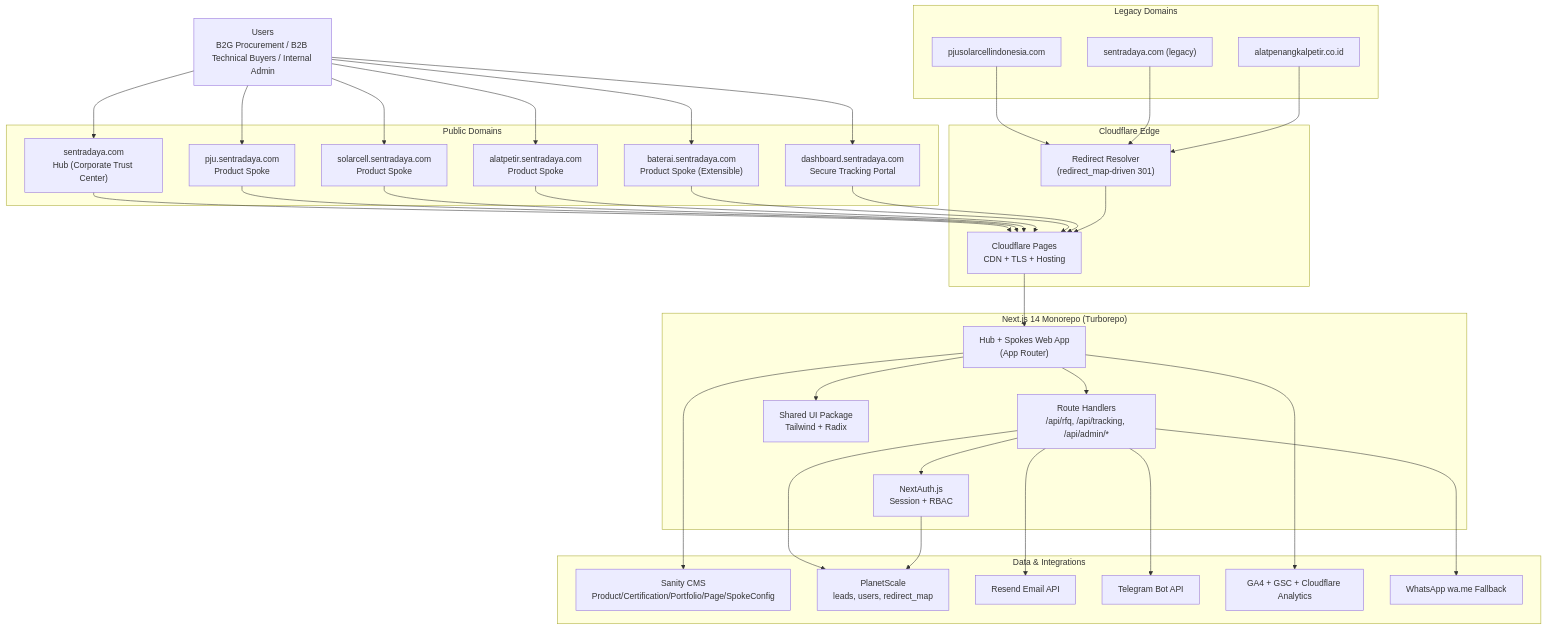
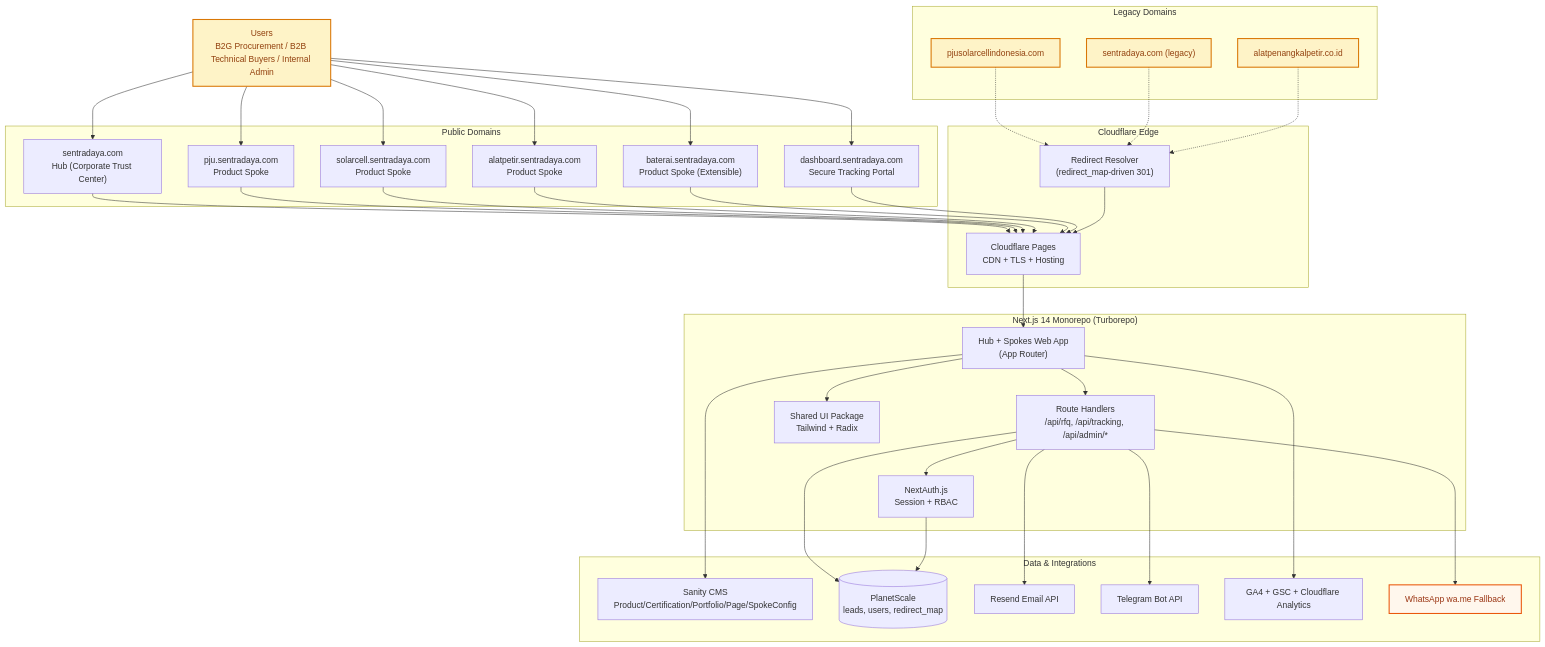
Before and after one commit to pampam666/awesome-website-test: the first of 4 diagrams in .taskmaster/docs/architecture/architecture.md, drawn with Mermaid. The commit also changed other lines of this file and 7 other files, not shown here.

Commit message:
docs: initialize information architecture and project requirement documentation for digital ecosystem platform

````diff
--- a/.taskmaster/docs/architecture/architecture.md
+++ b/.taskmaster/docs/architecture/architecture.md
@@ -20,71 +20,74 @@
 ```mermaid
+---
+config:
+  layout: dagre
+---
 flowchart TD
+    classDef entry fill:#fef3c7,stroke:#d97706,stroke-width:2px,color:#92400e
+    classDef conversion fill:#fff7ed,stroke:#ea580c,stroke-width:2px,color:#9a3412
+
     U["Users\nB2G Procurement / B2B Technical Buyers / Internal Admin"]
-
     subgraph DNS["Public Domains"]
         HUB["sentradaya.com\nHub (Corporate Trust Center)"]
         PJU["pju.sentradaya.com\nProduct Spoke"]
         SOL["solarcell.sentradaya.com\nProduct Spoke"]
         LGT["alatpetir.sentradaya.com\nProduct Spoke"]
         BAT["baterai.sentradaya.com\nProduct Spoke (Extensible)"]
         DASH["dashboard.sentradaya.com\nSecure Tracking Portal"]
     end
-
     subgraph EDGE["Cloudflare Edge"]
         CF["Cloudflare Pages\nCDN + TLS + Hosting"]
         REDIR["Redirect Resolver\n(redirect_map-driven 301)"]
     end
-
     subgraph APP["Next.js 14 Monorepo (Turborepo)"]
         WEB["Hub + Spokes Web App\n(App Router)"]
         API["Route Handlers\n/api/rfq, /api/tracking, /api/admin/*"]
         AUTH["NextAuth.js\nSession + RBAC"]
         UI["Shared UI Package\nTailwind + Radix"]
     end
-
     subgraph DATA["Data & Integrations"]
         SANITY["Sanity CMS\nProduct/Certification/Portfolio/Page/SpokeConfig"]
-        PS["PlanetScale\nleads, users, redirect_map"]
+        PS[("PlanetScale\nleads, users, redirect_map")]
         RESEND["Resend Email API"]
         TG["Telegram Bot API"]
         GA["GA4 + GSC + Cloudflare Analytics"]
         WA["WhatsApp wa.me Fallback"]
     end
-
     subgraph LEGACY["Legacy Domains"]
         L1["pjusolarcellindonesia.com"]
         L2["sentradaya.com (legacy)"]
         L3["alatpenangkalpetir.co.id"]
     end
-
     U --> HUB
     U --> PJU
     U --> SOL
     U --> LGT
     U --> BAT
     U --> DASH
-
     HUB --> CF
     PJU --> CF
     SOL --> CF
     LGT --> CF
     BAT --> CF
     DASH --> CF
-
-    L1 --> REDIR
-    L2 --> REDIR
-    L3 --> REDIR
+    L1 -.-> REDIR
+    L2 -.-> REDIR
+    L3 -.-> REDIR
     REDIR --> CF
-
     CF --> WEB
     WEB --> UI
     WEB --> SANITY
     WEB --> API
     API --> PS
     API --> RESEND
     API --> TG
     API --> AUTH
     AUTH --> PS
     WEB --> GA
     API --> WA
+    class U entry
+    class L1 entry
+    class L2 entry
+    class L3 entry
+    class WA conversion
 ```
````
